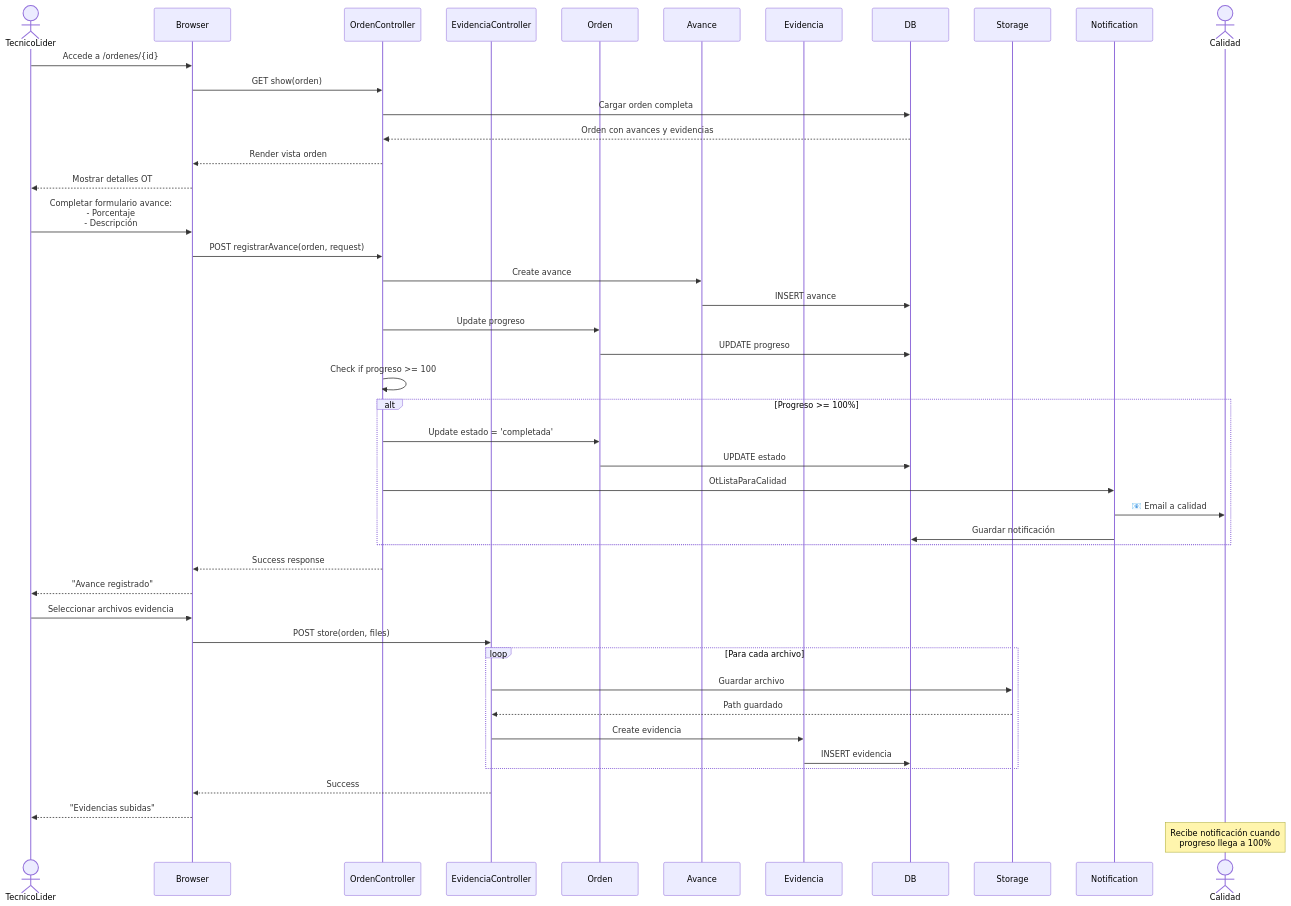
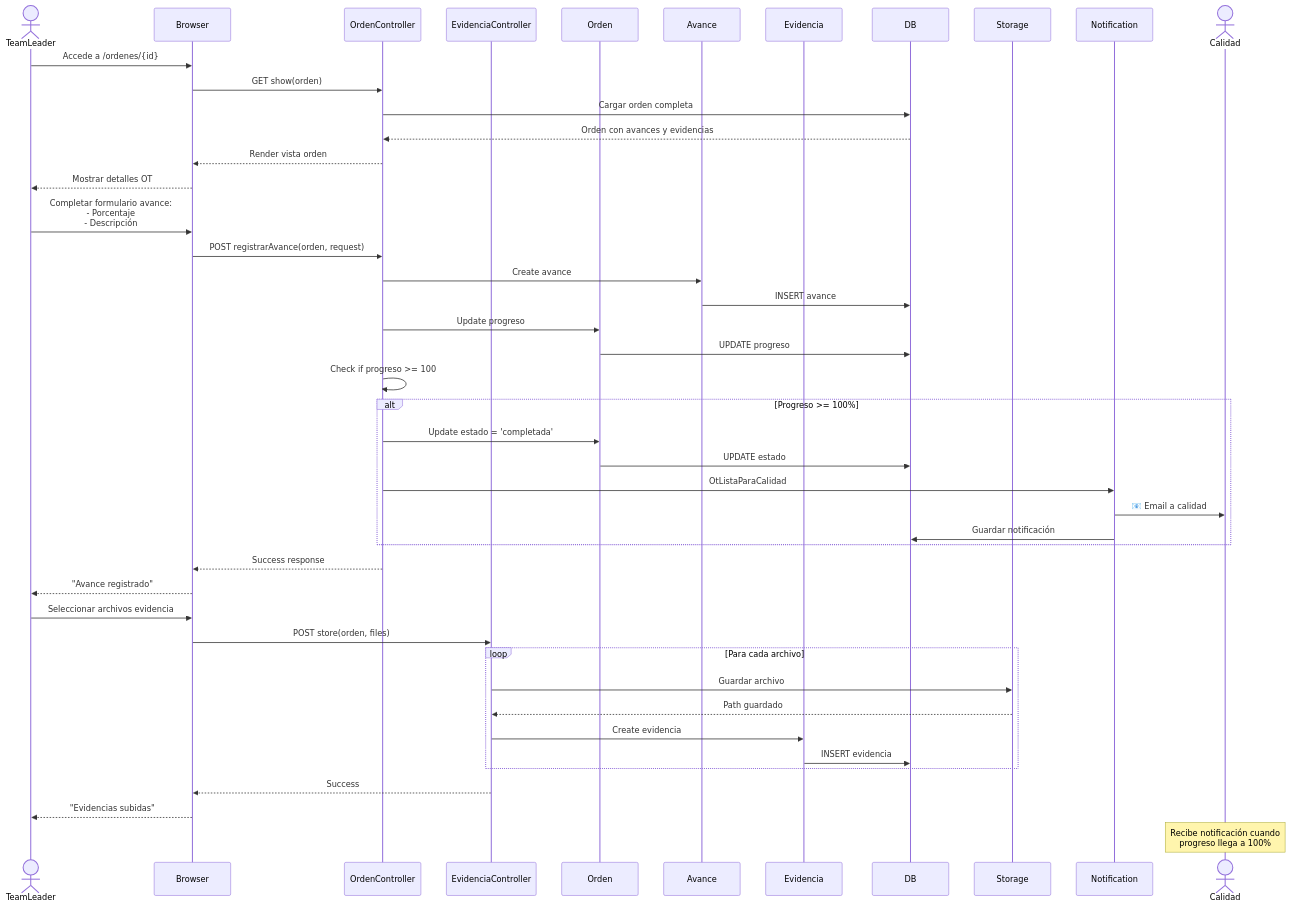
One commit to ABFORTI/UPPER_CONTROL changed the third of 12 diagrams in DIAGRAMAS_SECUENCIA.md. Above: the diagram before and after it, drawn with Mermaid. The commit also changed other lines of this file and 6 other files, not shown here.

Commit message:
docs: actualizar terminología a Team Leader y simplificar flujo de facturación

````diff
--- a/DIAGRAMAS_SECUENCIA.md
+++ b/DIAGRAMAS_SECUENCIA.md
@@ -134,59 +134,59 @@
 ```mermaid
 sequenceDiagram
-    actor TecnicoLider
+    actor TeamLeader
     participant Browser
     participant OrdenController
     participant EvidenciaController
     participant Orden
     participant Avance
     participant Evidencia
     participant DB
     participant Storage
     participant Notification
     actor Calidad
 
-    TecnicoLider->>Browser: Accede a /ordenes/{id}
+    TeamLeader->>Browser: Accede a /ordenes/{id}
     Browser->>OrdenController: GET show(orden)
     OrdenController->>DB: Cargar orden completa
     DB-->>OrdenController: Orden con avances y evidencias
     OrdenController-->>Browser: Render vista orden
-    Browser-->>TecnicoLider: Mostrar detalles OT
+    Browser-->>TeamLeader: Mostrar detalles OT
     
-    TecnicoLider->>Browser: Completar formulario avance:<br/>- Porcentaje<br/>- Descripción
+    TeamLeader->>Browser: Completar formulario avance:<br/>- Porcentaje<br/>- Descripción
     Browser->>OrdenController: POST registrarAvance(orden, request)
     
     OrdenController->>Avance: Create avance
     Avance->>DB: INSERT avance
     
     OrdenController->>Orden: Update progreso
     Orden->>DB: UPDATE progreso
     
     OrdenController->>OrdenController: Check if progreso >= 100
     
     alt Progreso >= 100%
         OrdenController->>Orden: Update estado = 'completada'
         Orden->>DB: UPDATE estado
         OrdenController->>Notification: OtListaParaCalidad
         Notification->>Calidad: 📧 Email a calidad
         Notification->>DB: Guardar notificación
     end
     
     OrdenController-->>Browser: Success response
-    Browser-->>TecnicoLider: "Avance registrado"
+    Browser-->>TeamLeader: "Avance registrado"
     
-    TecnicoLider->>Browser: Seleccionar archivos evidencia
+    TeamLeader->>Browser: Seleccionar archivos evidencia
     Browser->>EvidenciaController: POST store(orden, files)
     
     loop Para cada archivo
         EvidenciaController->>Storage: Guardar archivo
         Storage-->>EvidenciaController: Path guardado
         
         EvidenciaController->>Evidencia: Create evidencia
         Evidencia->>DB: INSERT evidencia
     end
     
     EvidenciaController-->>Browser: Success
-    Browser-->>TecnicoLider: "Evidencias subidas"
+    Browser-->>TeamLeader: "Evidencias subidas"
     
     Note over Calidad: Recibe notificación cuando<br/>progreso llega a 100%
 ```
````
